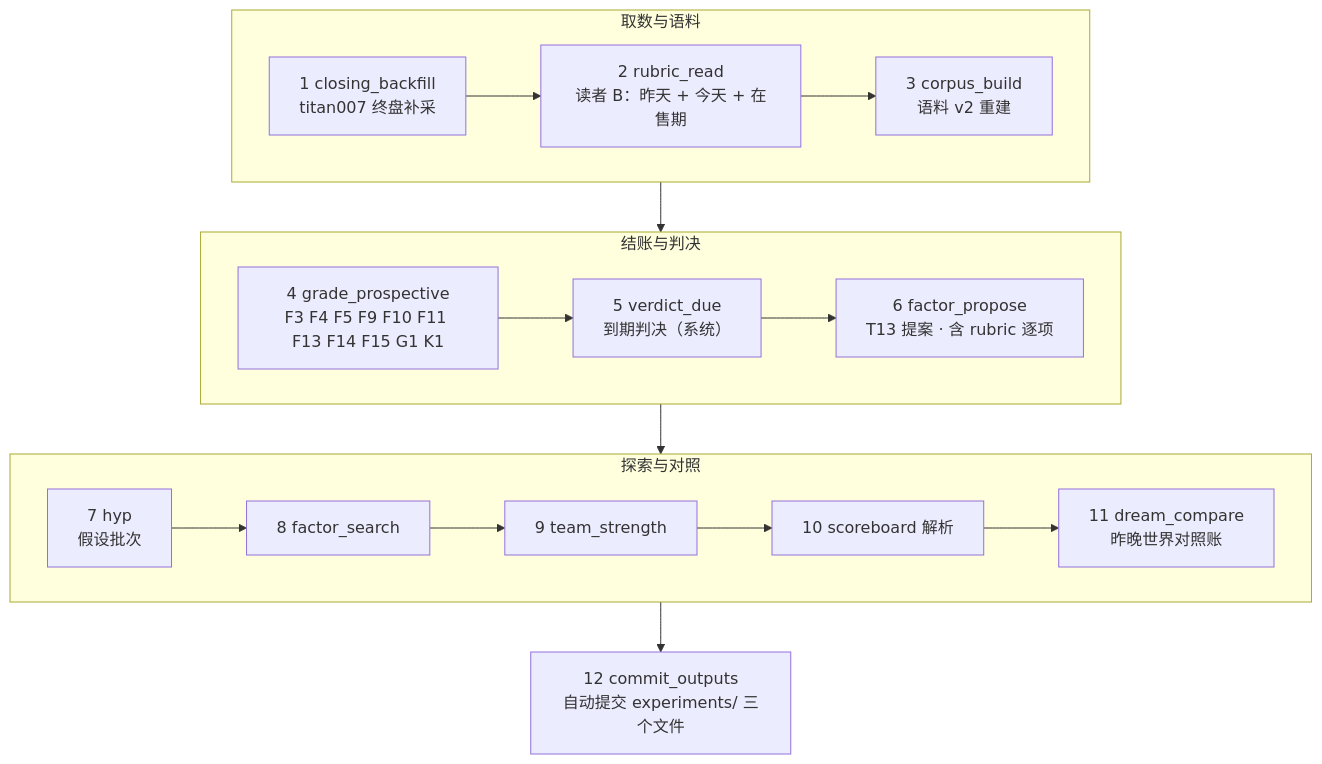
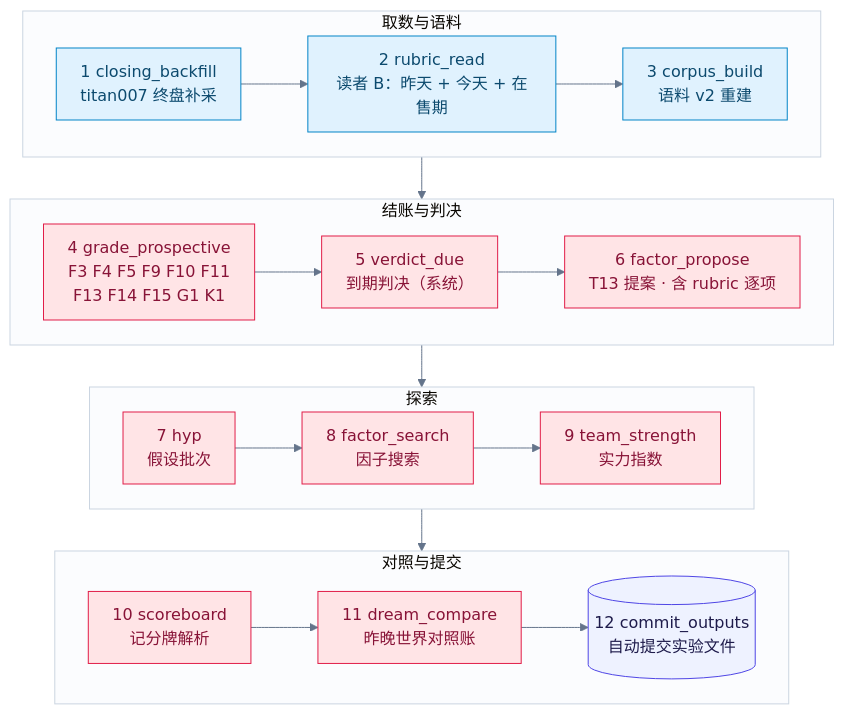
The eighth of 10 diagrams in docs/ARCHITECTURE.md (Jerenus/Nutmeg), drawn with Mermaid before and after one commit. The commit also changed other lines of this file and 3 other files, not shown here.

````diff
--- a/docs/ARCHITECTURE.md
+++ b/docs/ARCHITECTURE.md
@@ -297,17 +418,28 @@
 ```mermaid
+%%{init: {"theme": "base", "themeVariables": {"fontSize": "16px", "lineColor": "#64748B", "clusterBkg": "#FBFCFE", "clusterBorder": "#CBD5E1", "edgeLabelBackground": "#FFFFFF", "primaryTextColor": "#0F172A"}, "flowchart": {"curve": "basis", "padding": 12, "nodeSpacing": 30, "rankSpacing": 42}}}%%
 flowchart TB
   subgraph IN["取数与语料"]
     direction LR
     L1["1 closing_backfill<br/>titan007 终盘补采"] --> L2["2 rubric_read<br/>读者 B：昨天 + 今天 + 在售期"] --> L3["3 corpus_build<br/>语料 v2 重建"]
   end
   subgraph JUDGE["结账与判决"]
     direction LR
-    L4["4 grade_prospective<br/>F3 F4 F5 F9 F10 F11 F13 F14 F15 G1 K1"] --> L5["5 verdict_due<br/>到期判决（系统）"] --> L6["6 factor_propose<br/>T13 提案 · 含 rubric 逐项"]
+    L4["4 grade_prospective<br/>F3 F4 F5 F9 F10 F11<br/>F13 F14 F15 G1 K1"] --> L5["5 verdict_due<br/>到期判决（系统）"] --> L6["6 factor_propose<br/>T13 提案 · 含 rubric 逐项"]
   end
-  subgraph EXPLORE["探索与对照"]
+  subgraph EXPLORE["探索"]
     direction LR
-    L7["7 hyp<br/>假设批次"] --> L8["8 factor_search"] --> L9["9 team_strength"] --> L10["10 scoreboard 解析"] --> L11["11 dream_compare<br/>昨晚世界对照账"]
+    L7["7 hyp<br/>假设批次"] --> L8["8 factor_search<br/>因子搜索"] --> L9["9 team_strength<br/>实力指数"]
   end
-  L12["12 commit_outputs<br/>自动提交 experiments/ 三个文件"]
-  IN --> JUDGE --> EXPLORE --> L12
+  subgraph CMP["对照与提交"]
+    direction LR
+    L10["10 scoreboard<br/>记分牌解析"] --> L11["11 dream_compare<br/>昨晚世界对照账"] --> L12[("12 commit_outputs<br/>自动提交实验文件")]
+  end
+  IN --> JUDGE --> EXPLORE --> CMP
+
+  classDef ing fill:#E0F2FE,stroke:#0284C7,color:#0C4A6E
+  classDef exp fill:#FFE4E6,stroke:#E11D48,color:#881337
+  classDef store fill:#EEF2FF,stroke:#4F46E5,color:#1E1B4B
+  class L1,L2,L3 ing
+  class L4,L5,L6,L7,L8,L9,L10,L11 exp
+  class L12 store
 ```
````
